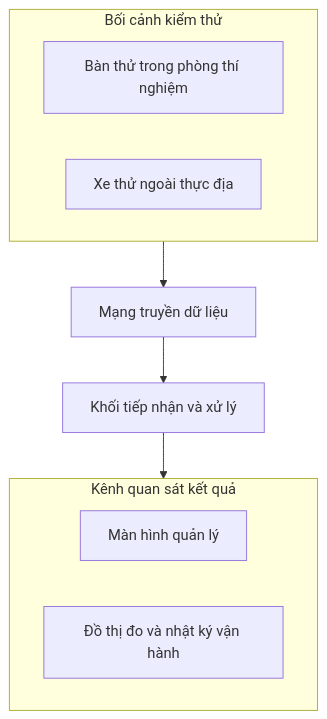
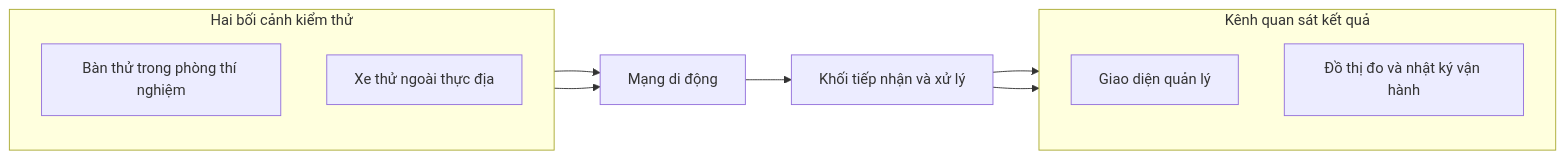
The diagram in resources/reports/thesis/final/assets/uml/10-chuong-4-ket-qua-do-luong-hinh-4-22.mmd (anmh1205/IoT_Vehicle_Tracking_System), drawn with Mermaid before and after one commit. The commit also changed 75 other files, not shown here.

```diff
--- a/resources/reports/thesis/final/assets/uml/10-chuong-4-ket-qua-do-luong-hinh-4-22.mmd
+++ b/resources/reports/thesis/final/assets/uml/10-chuong-4-ket-qua-do-luong-hinh-4-22.mmd
@@ -1,17 +1,21 @@
-flowchart TB
-    subgraph Inputs["Bối cảnh kiểm thử"]
-        direction LR
+flowchart LR
+    subgraph Inputs["Hai bối cảnh kiểm thử"]
+        direction TB
         Bench["Bàn thử trong phòng thí nghiệm"]
         Vehicle["Xe thử ngoài thực địa"]
     end
 
-    Network["Mạng truyền dữ liệu"]
+    Network["Mạng di động"]
     Cloud["Khối tiếp nhận và xử lý"]
 
     subgraph Outputs["Kênh quan sát kết quả"]
-        direction LR
-        Dashboard["Màn hình quản lý"]
+        direction TB
+        Dashboard["Giao diện quản lý"]
         Report["Đồ thị đo và nhật ký vận hành"]
     end
 
-    Inputs --> Network --> Cloud --> Outputs
+    Bench --> Network
+    Vehicle --> Network
+    Network --> Cloud
+    Cloud --> Dashboard
+    Cloud --> Report
```
